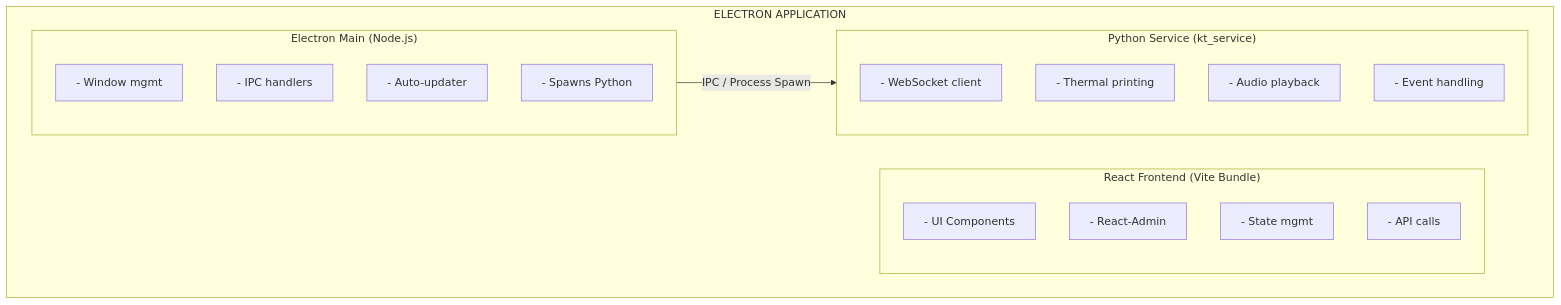
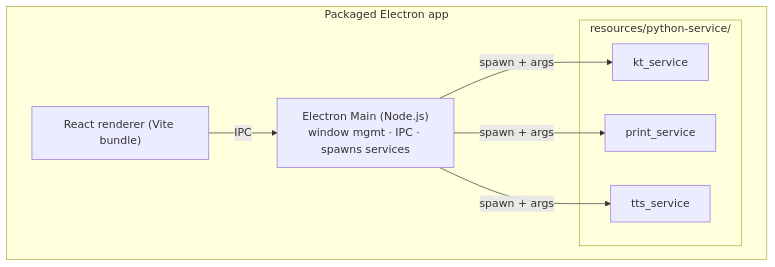
One commit to kitchntabs/kitchntabs.github.io changed the first of 2 diagrams in docs/N4-Build-Toolchain/N4-Build-Toolchain_ELECTRON_PYTHON_SERVICE_BUILD_SYSTEM.md. Above: the diagram before and after it, drawn with Mermaid. The commit also changed other lines of this file, not shown here.

First line of the commit message:
Rewrite Electron + Python service build/bind documentation

````diff
--- a/docs/N4-Build-Toolchain/N4-Build-Toolchain_ELECTRON_PYTHON_SERVICE_BUILD_SYSTEM.md
+++ b/docs/N4-Build-Toolchain/N4-Build-Toolchain_ELECTRON_PYTHON_SERVICE_BUILD_SYSTEM.md
@@ -30,27 +43,16 @@
 ```mermaid
 flowchart TD
-    subgraph EA["ELECTRON APPLICATION"]
-        subgraph EM["Electron Main (Node.js)"]
-            E1["- Window mgmt"]
-            E2["- IPC handlers"]
-            E3["- Auto-updater"]
-            E4["- Spawns Python"]
+    subgraph EA["Packaged Electron app"]
+        EM["Electron Main (Node.js)<br/>window mgmt · IPC · spawns services"]
+        RF["React renderer (Vite bundle)"]
+        subgraph SV["resources/python-service/"]
+            K["kt_service"]
+            P["print_service"]
+            T["tts_service"]
         end
-        
-        subgraph RF["React Frontend (Vite Bundle)"]
-            R1["- UI Components"]
-            R2["- React-Admin"]
-            R3["- State mgmt"]
-            R4["- API calls"]
-        end
-        
-        subgraph PS["Python Service (kt_service)"]
-            P1["- WebSocket client"]
-            P2["- Thermal printing"]
-            P3["- Audio playback"]
-            P4["- Event handling"]
-        end
-        
-        EM -- "IPC / Process Spawn" --> PS
+        EM -- "spawn + args" --> K
+        EM -- "spawn + args" --> P
+        EM -- "spawn + args" --> T
+        RF -- "IPC" --> EM
     end
 ```
````
